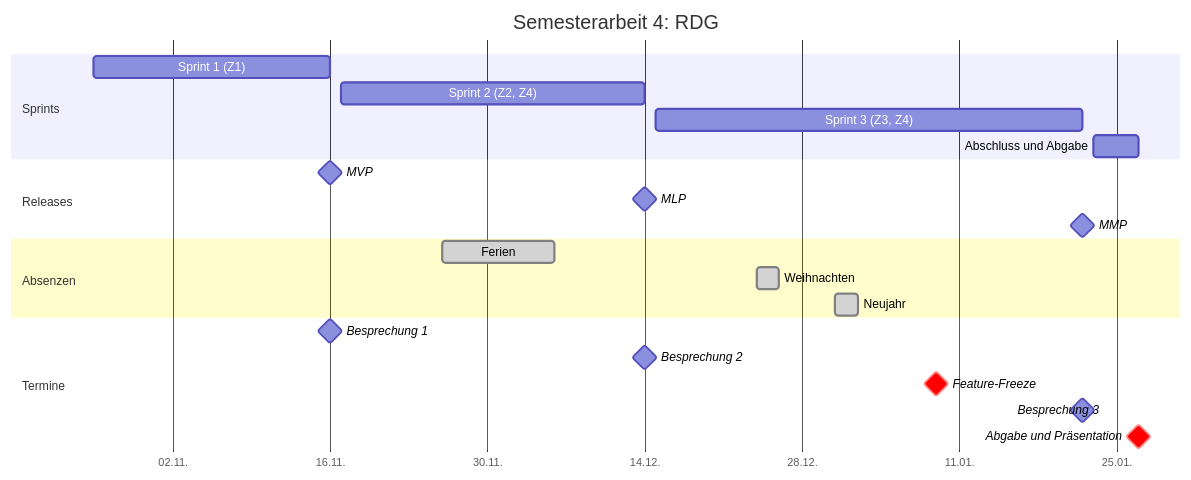
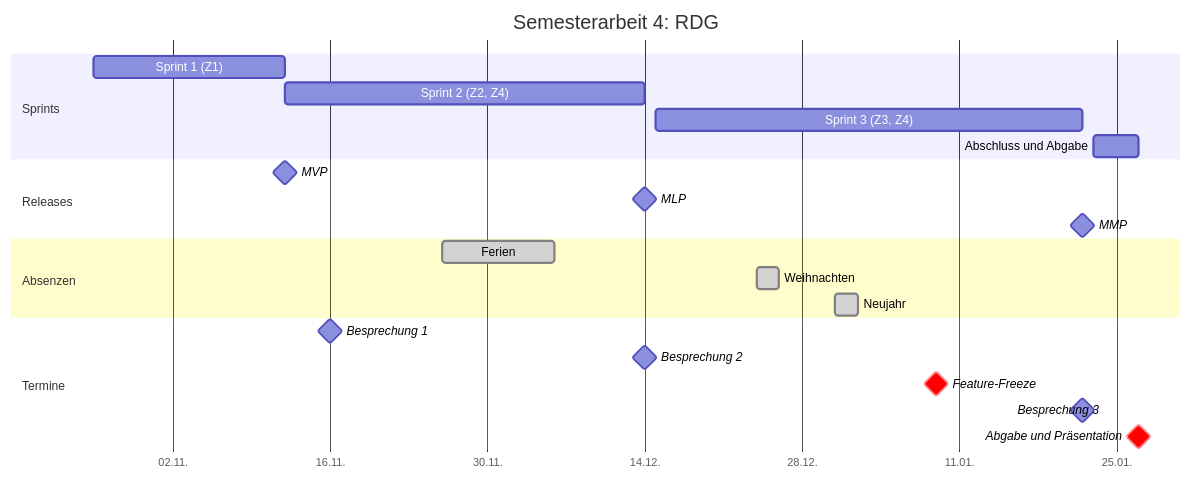
One commit to RuminahuiM/rdg-semesterarbeit changed the diagram in docs/projekt/roadmap.md. Above: the diagram before and after it, drawn with Mermaid. The commit also changed other lines of this file and 15 other files, not shown here.

````diff
--- a/docs/projekt/roadmap.md
+++ b/docs/projekt/roadmap.md
@@ -13,50 +13,50 @@
 ```mermaid
 ---
 config:
   themeCSS: |
     .mermaid-main-font, text { font-family: var(--md-text-font-family, sans-serif); }
     .titleText { fill: var(--md-default-fg-color); font-size: 17px; font-weight: 700; }
     .sectionTitle { fill: var(--md-default-fg-color--light); font-weight: 700; }
     .section, .section1, .section3 { opacity: 1; }
     .section0, .section2 { fill: var(--md-default-fg-color--lightest); }
     .section1, .section3 { fill: transparent; }
     .grid .tick { opacity: 1; }
     .grid .tick line { stroke: var(--md-default-fg-color--lighter); stroke-opacity: .5; }
     .grid .tick text { fill: var(--md-default-fg-color--light); stroke: none; font-size: 12px; }
     .today { stroke: var(--gantt-today, #6a2c91); stroke-width: 2px; stroke-dasharray: 6 4; }
     .task0, .task1, .task2, .task3 { fill: var(--gantt-task, #e3a400); stroke: var(--gantt-task, #e3a400); }
     .taskText0, .taskText1, .taskText2, .taskText3 { fill: #1a1a1a; font-weight: 600; }
     .taskTextOutsideLeft, .taskTextOutsideRight, .taskTextOutside0, .taskTextOutside1, .taskTextOutside2, .taskTextOutside3 { fill: var(--md-default-fg-color); }
     .milestone { fill: var(--gantt-milestone, #6a2c91); stroke: var(--gantt-milestone, #6a2c91); }
     .milestoneText { font-style: normal; }
     .done0, .done1, .done2, .done3 { fill: var(--md-default-fg-color--lightest); stroke: var(--md-default-fg-color--light); stroke-width: 1; }
     .doneText0, .doneText1, .doneText2, .doneText3, .doneText0.taskTextOutsideRight, .doneText1.taskTextOutsideRight, .doneText2.taskTextOutsideRight, .doneText3.taskTextOutsideRight { fill: var(--md-default-fg-color) !important; }
     .crit0, .crit1, .crit2, .crit3 { fill: var(--gantt-crit, #c8382f); stroke: var(--gantt-crit, #c8382f); }
     .critText0, .critText1, .critText2, .critText3 { fill: var(--md-default-fg-color) !important; font-weight: 600; }
 ---
 gantt
     title Semesterarbeit 4: RDG
     dateFormat  YYYY-MM-DD
     axisFormat  %d.%m.
     tickInterval 2week
     weekday monday
     section Sprints
-    Sprint 1 (Z1)                  :s1, 2026-10-26, 2026-11-16
-    Sprint 2 (Z2, Z4)              :s2, 2026-11-17, 2026-12-14
+    Sprint 1 (Z1)                  :s1, 2026-10-26, 2026-11-12
+    Sprint 2 (Z2, Z4)              :s2, 2026-11-12, 2026-12-14
     Sprint 3 (Z3, Z4)              :s3, 2026-12-15, 2027-01-22
     Abschluss und Abgabe           :s4, 2027-01-23, 2027-01-27
     section Releases
-    MVP                            :milestone, m1, 2026-11-16, 0d
+    MVP                            :milestone, m1, 2026-11-12, 0d
     MLP                            :milestone, m2, 2026-12-14, 0d
     MMP                            :milestone, m3, 2027-01-22, 0d
     section Absenzen
     Ferien                         :done, f1, 2026-11-26, 2026-12-06
     Weihnachten                    :done, f2, 2026-12-24, 2026-12-26
     Neujahr                        :done, f3, 2026-12-31, 2027-01-02
     section Termine
     Besprechung 1                  :milestone, b1, 2026-11-16, 0d
     Besprechung 2                  :milestone, b2, 2026-12-14, 0d
     Feature-Freeze                 :crit, milestone, ff, 2027-01-09, 0d
     Besprechung 3                  :milestone, b3, 2027-01-22, 0d
     Abgabe und Präsentation        :crit, milestone, ab, 2027-01-27, 0d
 ```
````
